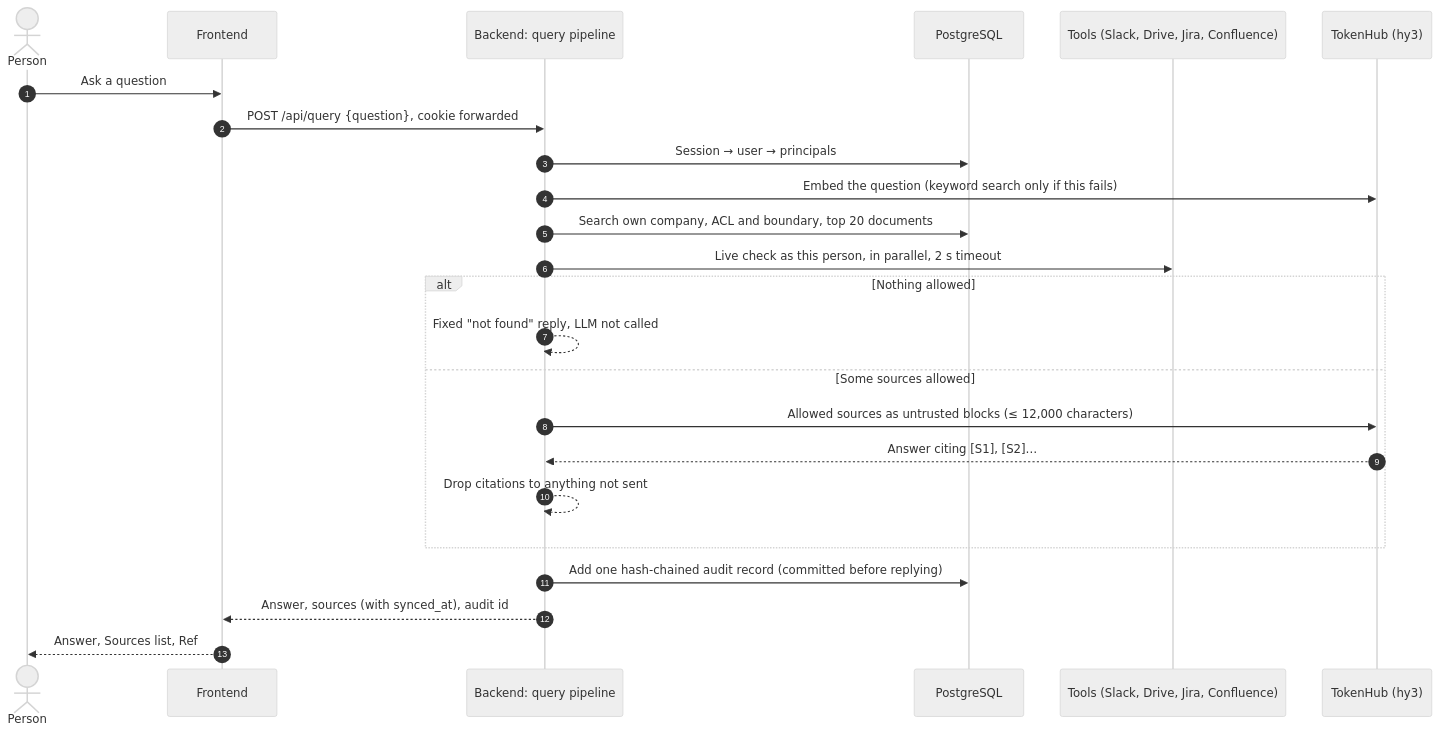
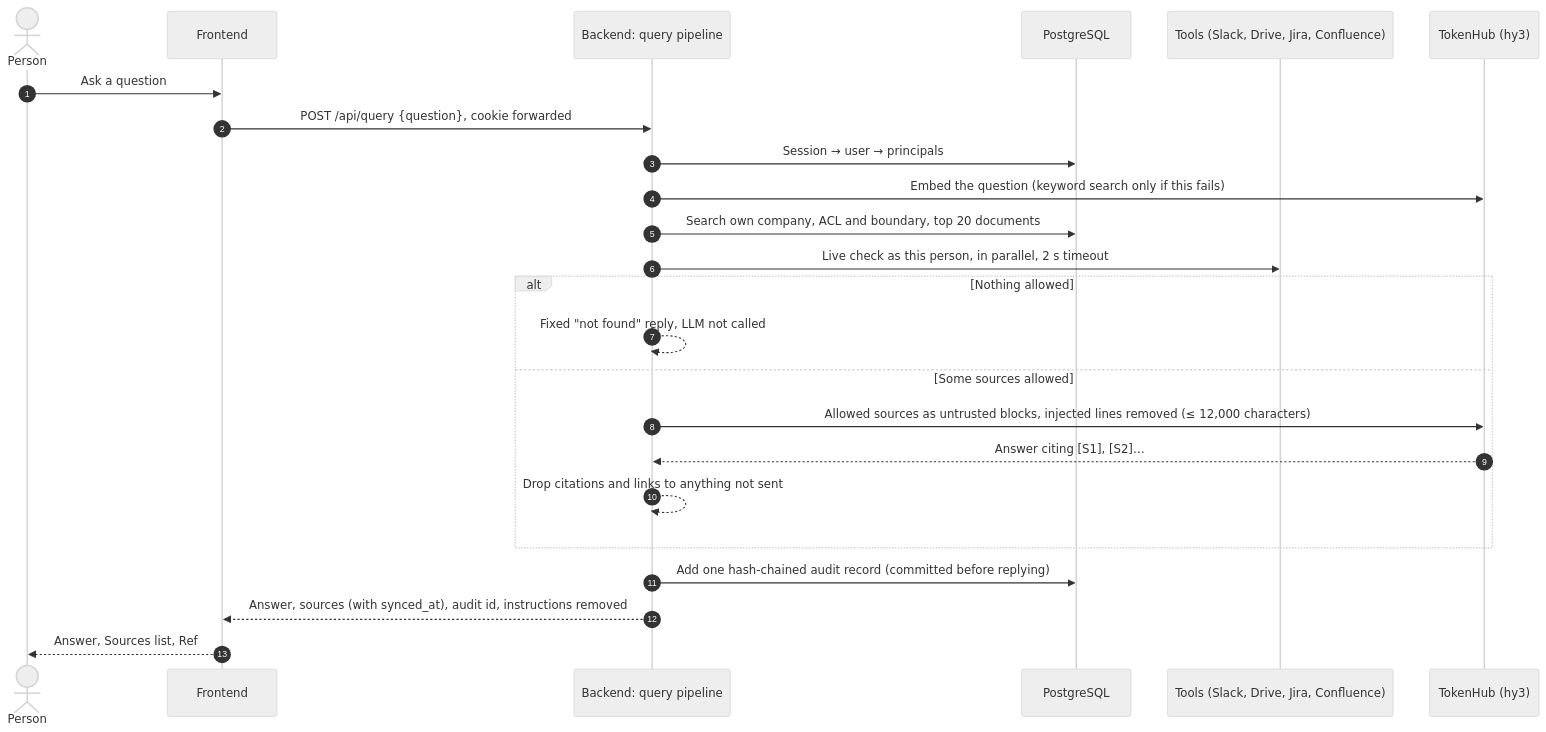
One commit to gabriel-wan/tencent-hackathon-fintech changed the third of 6 diagrams in docs/ARCHITECTURE.md. Above: the diagram before and after it, drawn with Mermaid (neutral theme). The commit also changed other lines of this file and 5 other files, not shown here.

````diff
--- a/docs/ARCHITECTURE.md
+++ b/docs/ARCHITECTURE.md
@@ -123,27 +123,27 @@
 ```mermaid
 sequenceDiagram
     autonumber
     actor P as Person
     participant FE as Frontend
     participant API as Backend: query pipeline
     participant DB as PostgreSQL
     participant T as Tools (Slack, Drive, Jira, Confluence)
     participant LLM as TokenHub (hy3)
 
     P->>FE: Ask a question
     FE->>API: POST /api/query {question}, cookie forwarded
     API->>DB: Session → user → principals
     API->>LLM: Embed the question (keyword search only if this fails)
     API->>DB: Search own company, ACL and boundary, top 20 documents
     API->>T: Live check as this person, in parallel, 2 s timeout
     alt Nothing allowed
         API-->>API: Fixed "not found" reply, LLM not called
     else Some sources allowed
-        API->>LLM: Allowed sources as untrusted blocks (≤ 12,000 characters)
+        API->>LLM: Allowed sources as untrusted blocks, injected lines removed (≤ 12,000 characters)
         LLM-->>API: Answer citing [S1], [S2]…
-        API-->>API: Drop citations to anything not sent
+        API-->>API: Drop citations and links to anything not sent
     end
     API->>DB: Add one hash-chained audit record (committed before replying)
-    API-->>FE: Answer, sources (with synced_at), audit id
+    API-->>FE: Answer, sources (with synced_at), audit id, instructions removed
     FE-->>P: Answer, Sources list, Ref #
 ```
````
